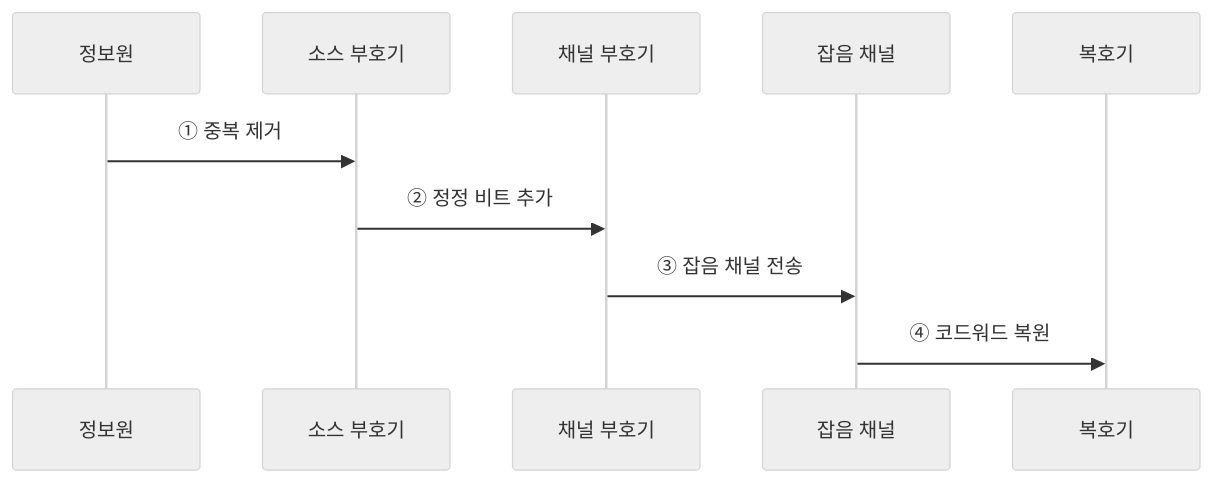
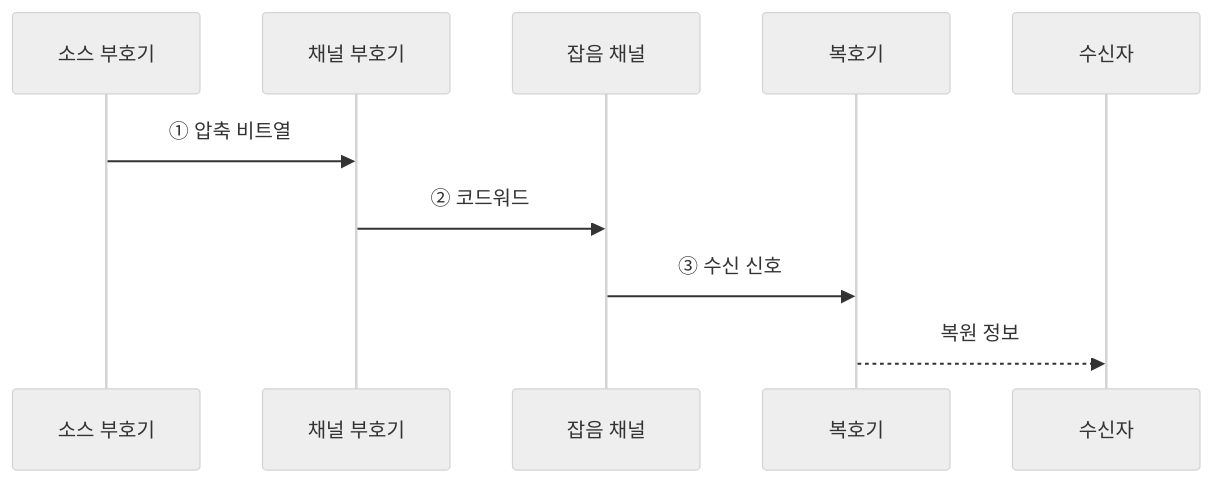
Before and after one commit to agnusdei1207/knowledge-base: the third of 3 diagrams in src/content/docs/notes/01-basic-theory/029_information_theory.md, drawn with Mermaid (neutral theme). The commit also changed other lines of this file and 11 other files, not shown here.

````diff
--- a/src/content/docs/notes/01-basic-theory/029_information_theory.md
+++ b/src/content/docs/notes/01-basic-theory/029_information_theory.md
@@ -109,12 +93,12 @@
 ```mermaid
 sequenceDiagram
-    participant S as 정보원
     participant SE as 소스 부호기
     participant CE as 채널 부호기
     participant CH as 잡음 채널
     participant DE as 복호기
-    S->>SE: ① 중복 제거
-    SE->>CE: ② 정정 비트 추가
-    CE->>CH: ③ 잡음 채널 전송
-    CH->>DE: ④ 코드워드 복원
+    participant R as 수신자
+    SE->>CE: ① 압축 비트열
+    CE->>CH: ② 코드워드
+    CH->>DE: ③ 수신 신호
+    DE-->>R: 복원 정보
 ```
````
